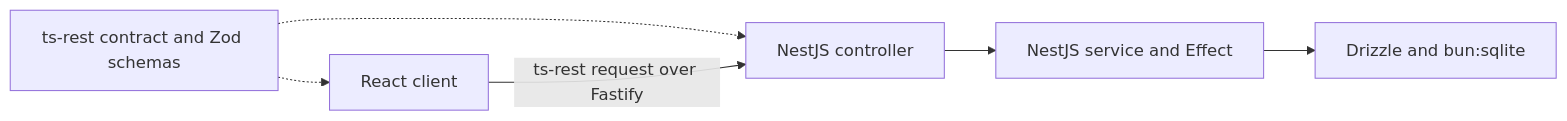
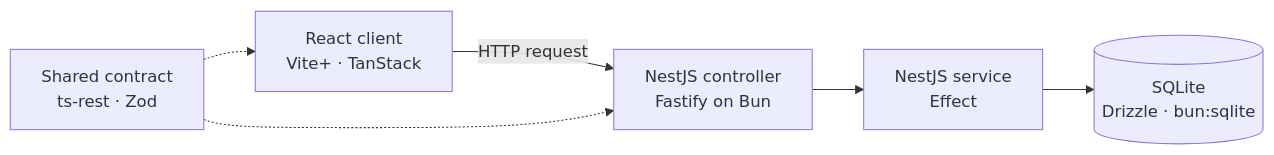
The diagram in architecture.mmd (MH221B/lightweight-web-app-setup), drawn with Mermaid before and after one commit. The commit also changed 4 other files, not shown here.

First line of the commit message:
docs: use a white-background architecture png in the readme

```diff
--- a/architecture.mmd
+++ b/architecture.mmd
@@ -1,6 +1,12 @@
 flowchart LR
-  Contract[ts-rest contract and Zod schemas] -.-> Browser[React client]
-  Contract -.-> API[NestJS controller]
-  Browser -->|ts-rest request over Fastify| API
-  API --> Service[NestJS service and Effect]
-  Service --> DB[Drizzle and bun:sqlite]
+  Client[React client<br/>Vite+ · TanStack]
+  API[NestJS controller<br/>Fastify on Bun]
+  Service[NestJS service<br/>Effect]
+  DB[(SQLite<br/>Drizzle · bun:sqlite)]
+  Contract[Shared contract<br/>ts-rest · Zod]
+
+  Client -->|HTTP request| API
+  API --> Service
+  Service --> DB
+  Contract -.-> Client
+  Contract -.-> API
```
